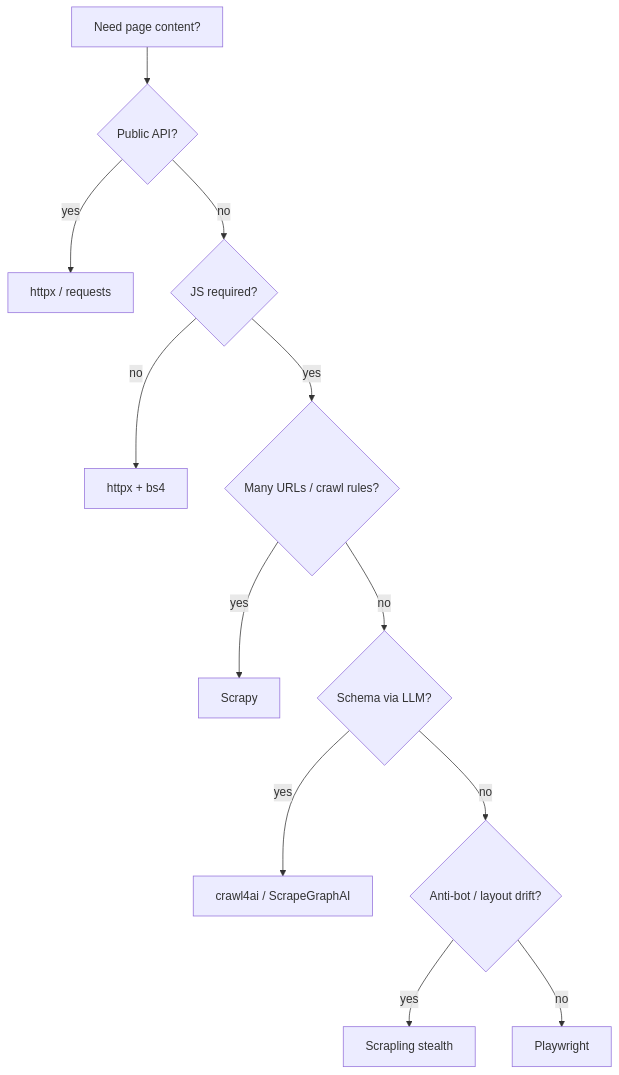
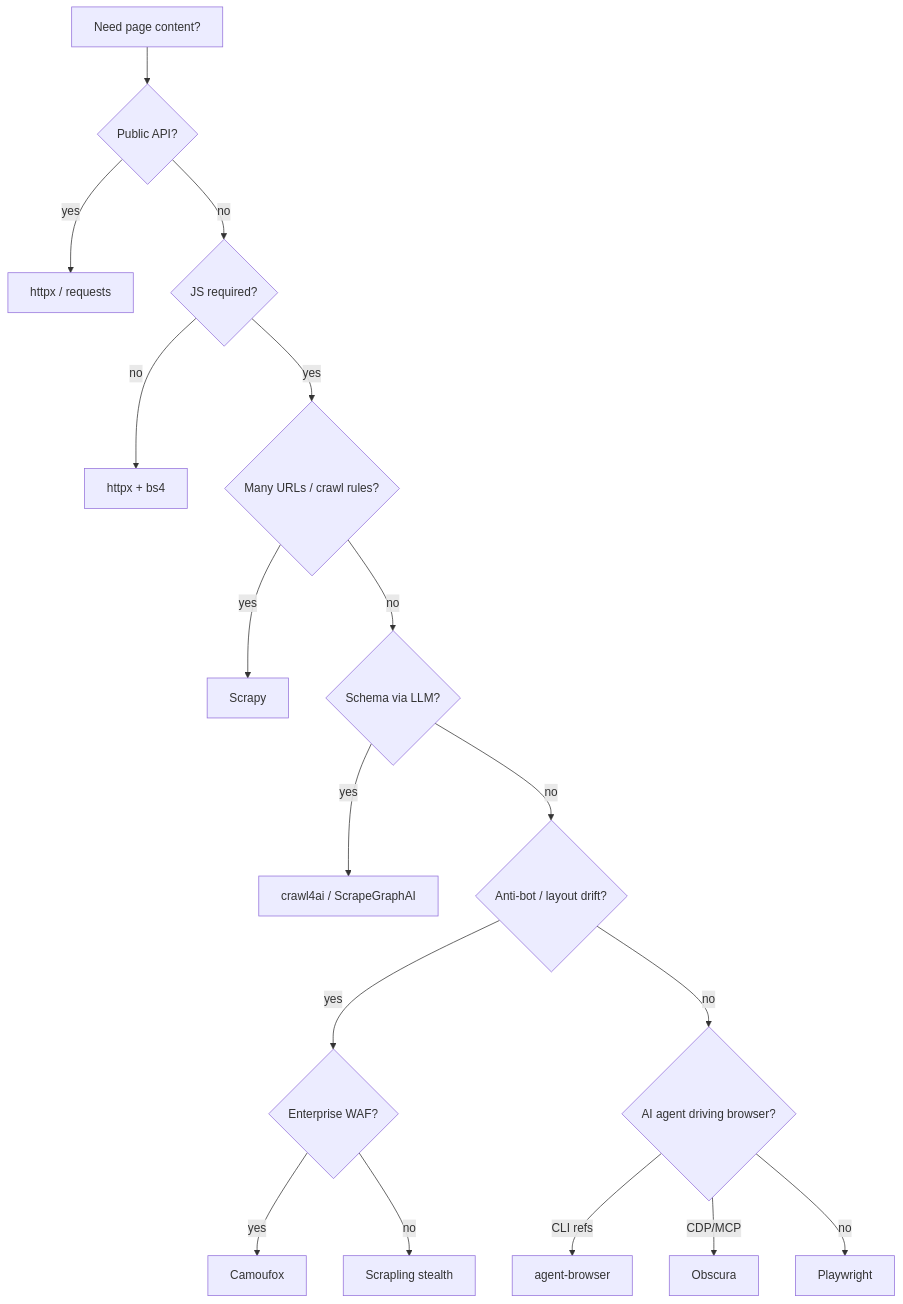
The diagram in Concepts/Browser Automation.md (kurtc3b3/tech-learn), drawn with Mermaid before and after one commit. The commit also changed other lines of this file and 7 other files, not shown here.

First line of the commit message:
Add Camoufox, Obscura, agent-browser, and Auto-Browse browser agent docs.

````diff
--- a/Concepts/Browser Automation.md
+++ b/Concepts/Browser Automation.md
@@ -29,14 +34,19 @@
 ```mermaid
 flowchart TD
     START[Need page content?] --> API{Public API?}
     API -->|yes| HTTP[httpx / requests]
     API -->|no| JS{JS required?}
     JS -->|no| HTTP2[httpx + bs4]
     JS -->|yes| SCALE{Many URLs / crawl rules?}
     SCALE -->|yes| SCRAPY[Scrapy]
     SCALE -->|no| LLM{Schema via LLM?}
     LLM -->|yes| AI[crawl4ai / ScrapeGraphAI]
     LLM -->|no| STEALTH{Anti-bot / layout drift?}
-    STEALTH -->|yes| SCRAPLING[Scrapling stealth]
-    STEALTH -->|no| PW[Playwright]
+    STEALTH -->|yes| HEAVY{Enterprise WAF?}
+    HEAVY -->|yes| CAMOU[Camoufox]
+    HEAVY -->|no| SCRAPLING[Scrapling stealth]
+    STEALTH -->|no| AGENT{AI agent driving browser?}
+    AGENT -->|CLI refs| ABCLI[agent-browser]
+    AGENT -->|CDP/MCP| OBSC[Obscura]
+    AGENT -->|no| PW[Playwright]
 ```
````
